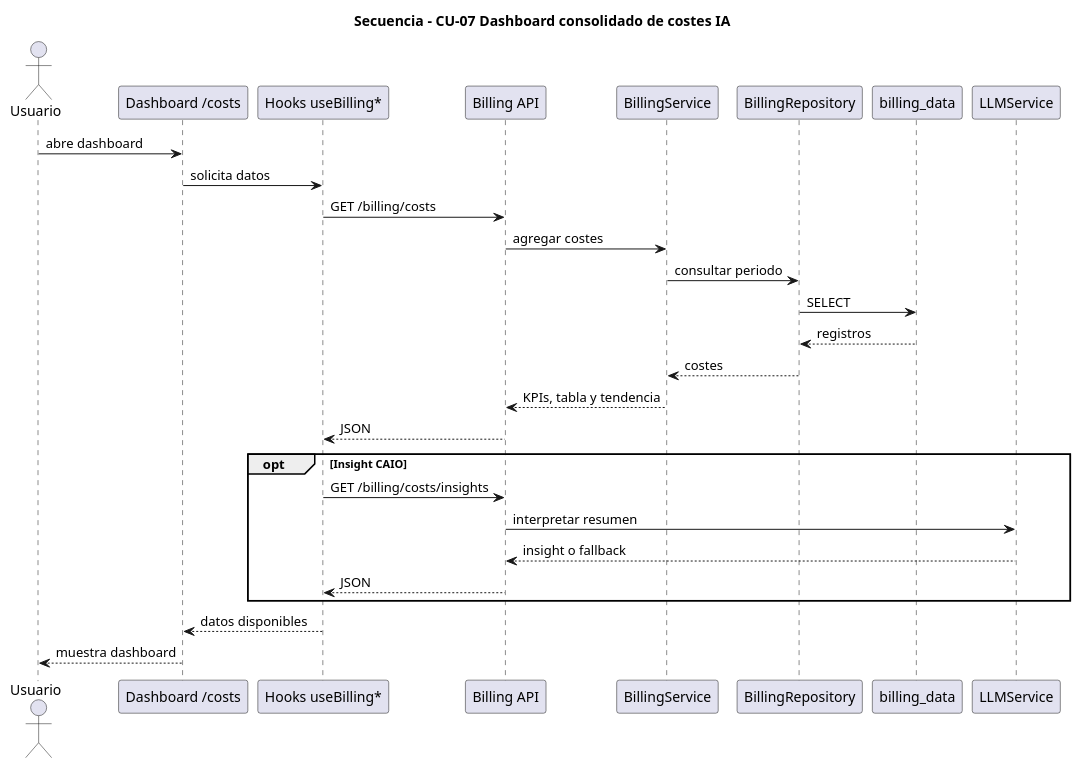
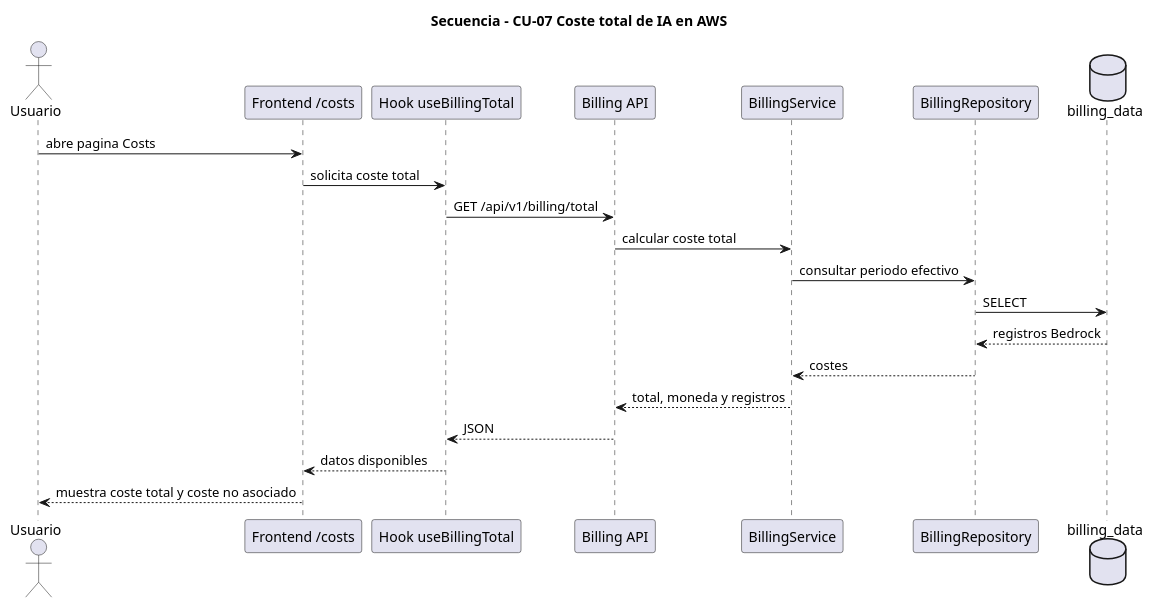
Before and after one commit to JoseSalceda/TFG: the diagram in Capítulos/Capítulo 3/Diseño/Secuencias/DS-CU07.puml, drawn with PlantUML. The commit also changed 103 other files, not shown here.

```diff
--- a/Capítulos/Capítulo 3/Diseño/Secuencias/DS-CU07.puml
+++ b/Capítulos/Capítulo 3/Diseño/Secuencias/DS-CU07.puml
@@ -1,35 +1,26 @@
 @startuml DS-CU07
 
-title Secuencia - CU-07 Dashboard consolidado de costes IA
+title Secuencia - CU-07 Coste total de IA en AWS
 
 actor Usuario
-participant "Dashboard /costs" as UI
-participant "Hooks useBilling*" as Hooks
+participant "Frontend /costs" as UI
+participant "Hook useBillingTotal" as Hooks
 participant "Billing API" as API
 participant "BillingService" as Service
 participant "BillingRepository" as Repo
-participant "billing_data" as DB
-participant "LLMService" as LLM
+database "billing_data" as DB
 
-Usuario -> UI : abre dashboard
-UI -> Hooks : solicita datos
-Hooks -> API : GET /billing/costs
-API -> Service : agregar costes
-Service -> Repo : consultar periodo
+Usuario -> UI : abre pagina Costs
+UI -> Hooks : solicita coste total
+Hooks -> API : GET /api/v1/billing/total
+API -> Service : calcular coste total
+Service -> Repo : consultar periodo efectivo
 Repo -> DB : SELECT
-DB --> Repo : registros
+DB --> Repo : registros Bedrock
 Repo --> Service : costes
-Service --> API : KPIs, tabla y tendencia
+Service --> API : total, moneda y registros
 API --> Hooks : JSON
-
-opt Insight CAIO
-  Hooks -> API : GET /billing/costs/insights
-  API -> LLM : interpretar resumen
-  LLM --> API : insight o fallback
-  API --> Hooks : JSON
-end
-
 Hooks --> UI : datos disponibles
-UI --> Usuario : muestra dashboard
+UI --> Usuario : muestra coste total y coste no asociado
 
 @enduml
```
